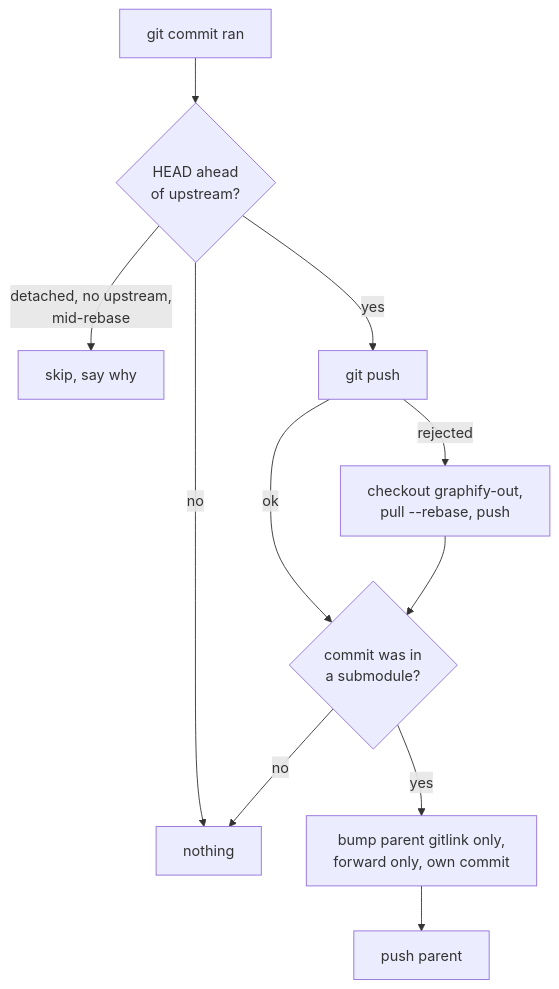
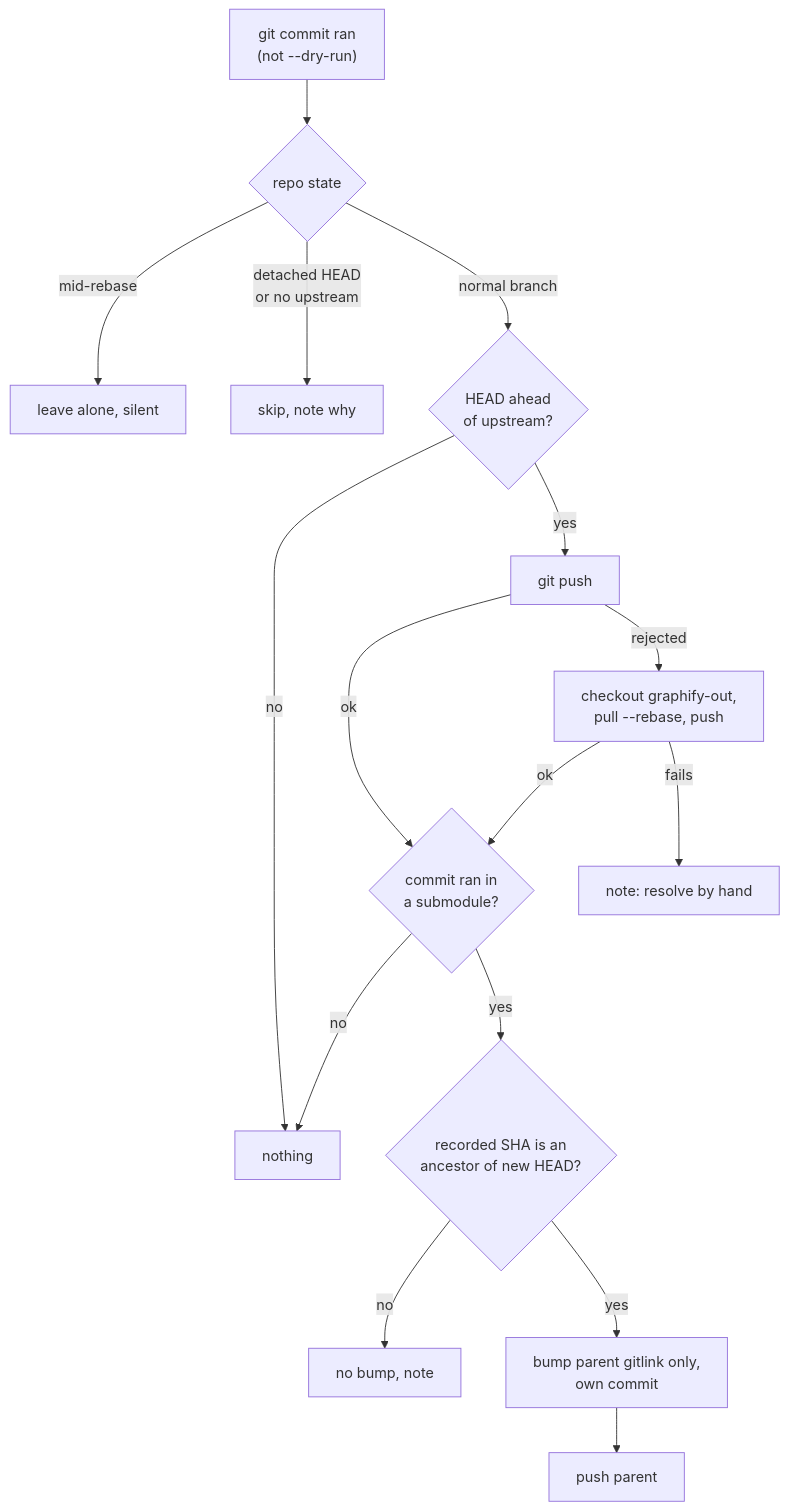
The diagram in docs/arch/13-push-after-commit.mmd (wai-lau/exec-fn), drawn with Mermaid before and after one commit. The commit also changed 42 other files, not shown here.

```diff
--- a/docs/arch/13-push-after-commit.mmd
+++ b/docs/arch/13-push-after-commit.mmd
@@ -1,11 +1,16 @@
 flowchart TD
-  c["git commit ran"] --> ah{"HEAD ahead<br/>of upstream?"}
+  c["git commit ran<br/>(not --dry-run)"] --> st{"repo state"}
+  st -->|"mid-rebase"| quiet["leave alone, silent"]
+  st -->|"detached HEAD<br/>or no upstream"| skip["skip, note why"]
+  st -->|"normal branch"| ah{"HEAD ahead<br/>of upstream?"}
   ah -->|no| done["nothing"]
-  ah -->|"detached, no upstream,<br/>mid-rebase"| skip["skip, say why"]
   ah -->|yes| push["git push"]
-  push -->|ok| sub{"commit was in<br/>a submodule?"}
+  push -->|ok| sub{"commit ran in<br/>a submodule?"}
   push -->|rejected| rb["checkout graphify-out,<br/>pull --rebase, push"]
-  rb --> sub
+  rb -->|ok| sub
+  rb -->|fails| hand["note: resolve by hand"]
   sub -->|no| done
-  sub -->|yes| bump["bump parent gitlink only,<br/>forward only, own commit"]
+  sub -->|yes| anc{"recorded SHA is an<br/>ancestor of new HEAD?"}
+  anc -->|no| nb["no bump, note"]
+  anc -->|yes| bump["bump parent gitlink only,<br/>own commit"]
   bump --> pp["push parent"]
```
